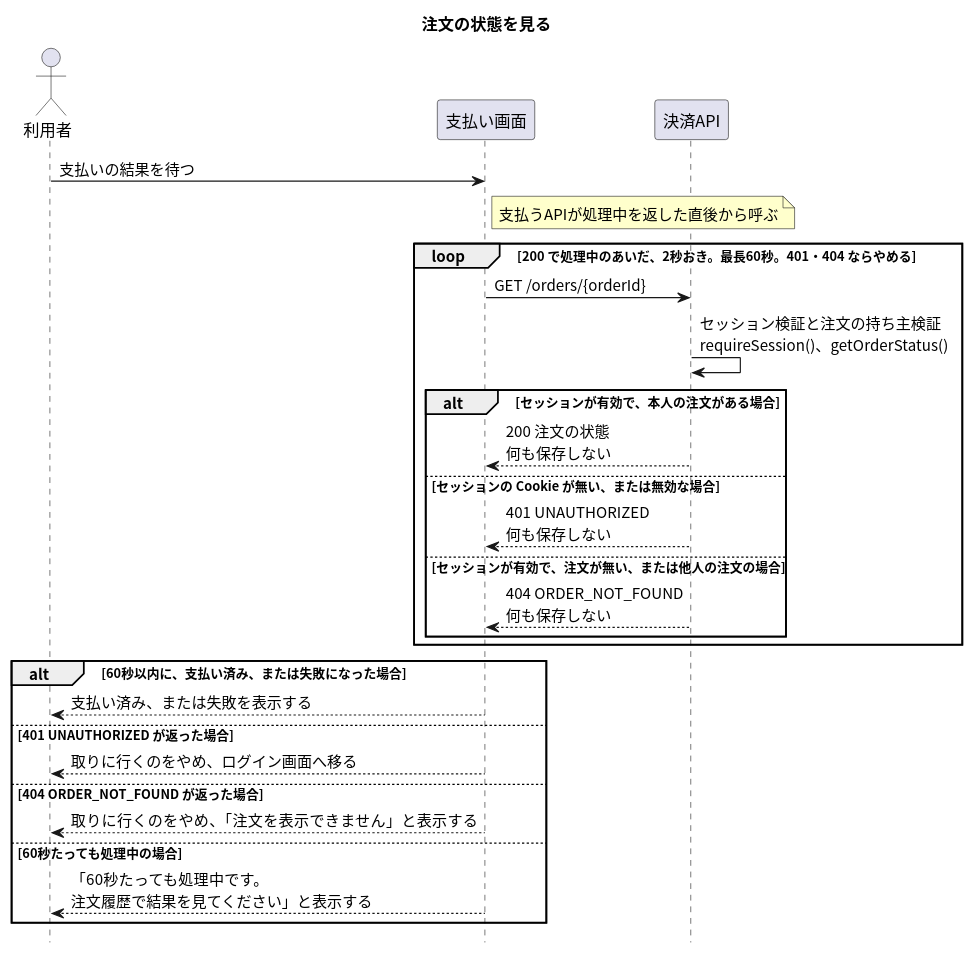
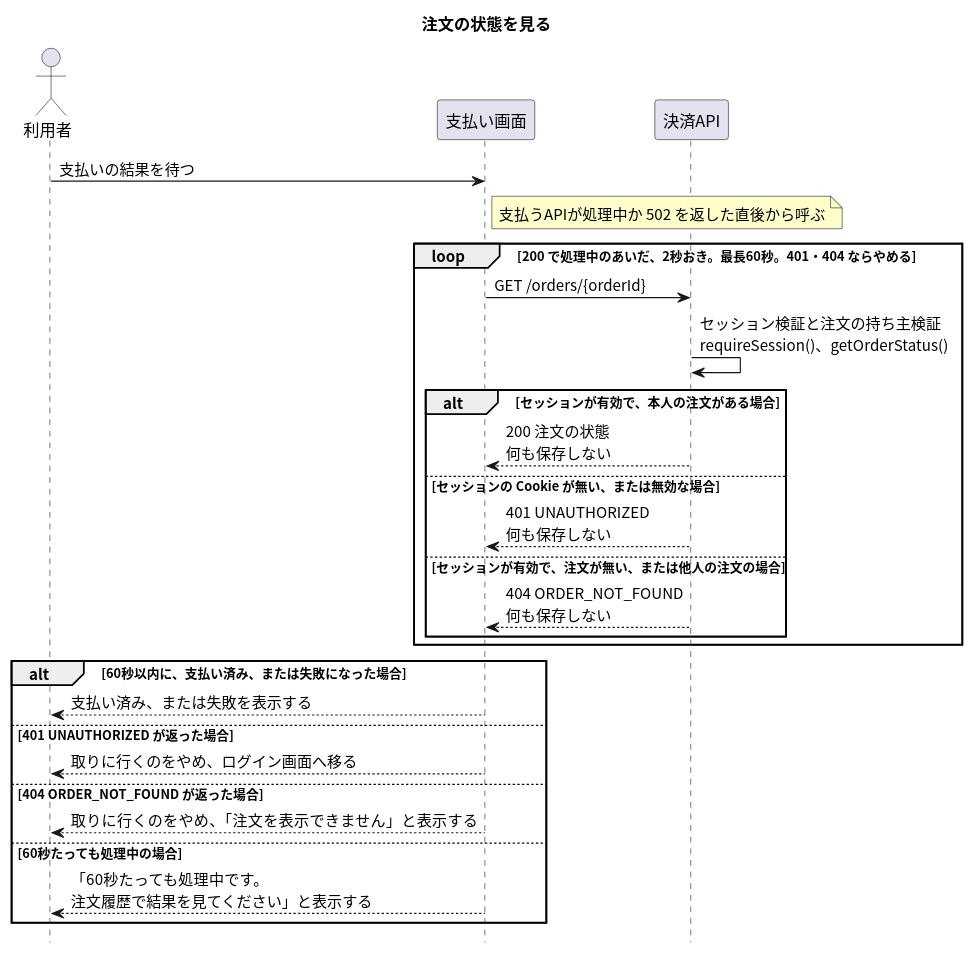
Before and after one commit to masamasamasato/design-doc-template: the diagram in apis/get-order/入口.puml, drawn with PlantUML. The commit also changed 17 other files, not shown here.

```diff
--- a/apis/get-order/入口.puml
+++ b/apis/get-order/入口.puml
@@ -1,36 +1,36 @@
 @startuml
 skinparam shadowing false
 skinparam defaultFontName "Noto Sans CJK JP"
 skinparam SequenceFontName "Noto Sans CJK JP"
 skinparam NoteBackgroundColor #FFFFCC
 hide footbox
 
 title 注文の状態を見る
 
 actor "利用者" as User
 participant "支払い画面" as Screen
 participant "決済API" as API
 
 User -> Screen : 支払いの結果を待つ
-note right of Screen : 支払うAPIが処理中を返した直後から呼ぶ
+note right of Screen : 支払うAPIが処理中か 502 を返した直後から呼ぶ
 loop 200 で処理中のあいだ、2秒おき。最長60秒。401・404 ならやめる
   Screen -> API : GET /orders/{orderId}
   API -> API : セッション検証と注文の持ち主検証\nrequireSession()、getOrderStatus()
   alt セッションが有効で、本人の注文がある場合
     API --> Screen : 200 注文の状態\n何も保存しない
   else セッションの Cookie が無い、または無効な場合
     API --> Screen : 401 UNAUTHORIZED\n何も保存しない
   else セッションが有効で、注文が無い、または他人の注文の場合
     API --> Screen : 404 ORDER_NOT_FOUND\n何も保存しない
   end
 end
 alt 60秒以内に、支払い済み、または失敗になった場合
   Screen --> User : 支払い済み、または失敗を表示する
 else 401 UNAUTHORIZED が返った場合
   Screen --> User : 取りに行くのをやめ、ログイン画面へ移る
 else 404 ORDER_NOT_FOUND が返った場合
   Screen --> User : 取りに行くのをやめ、「注文を表示できません」と表示する
 else 60秒たっても処理中の場合
   Screen --> User : 「60秒たっても処理中です。\n注文履歴で結果を見てください」と表示する
 end
 @enduml
```
